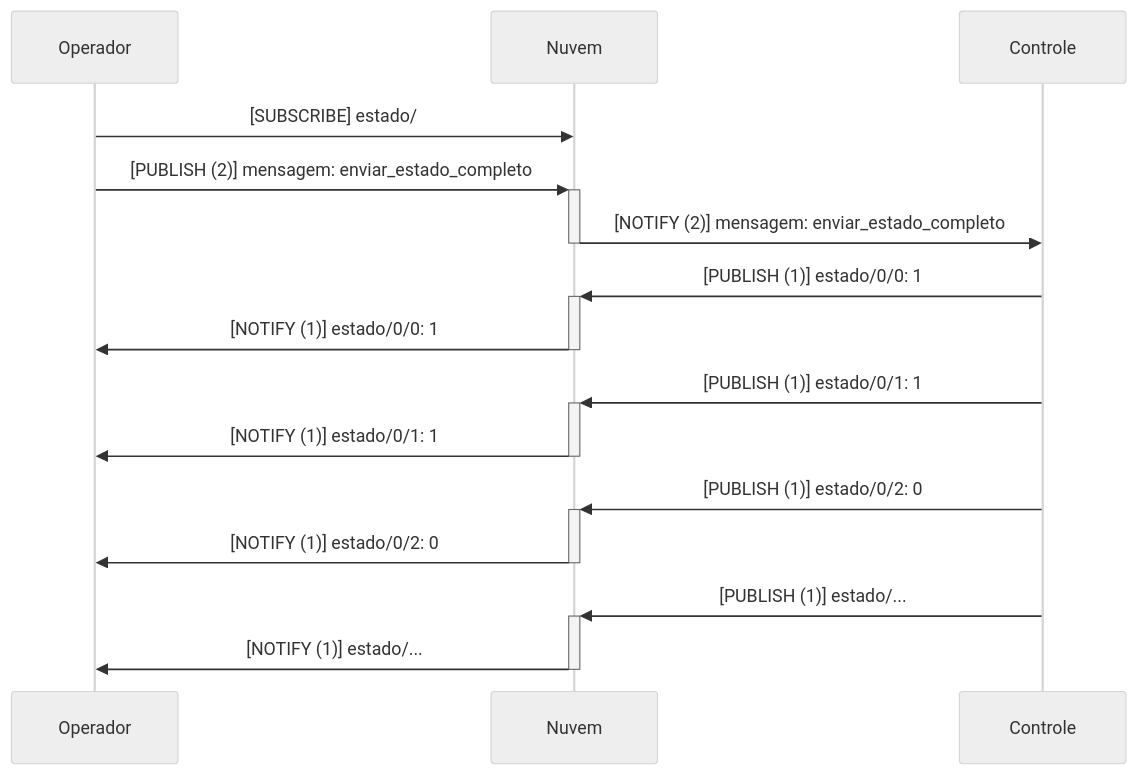
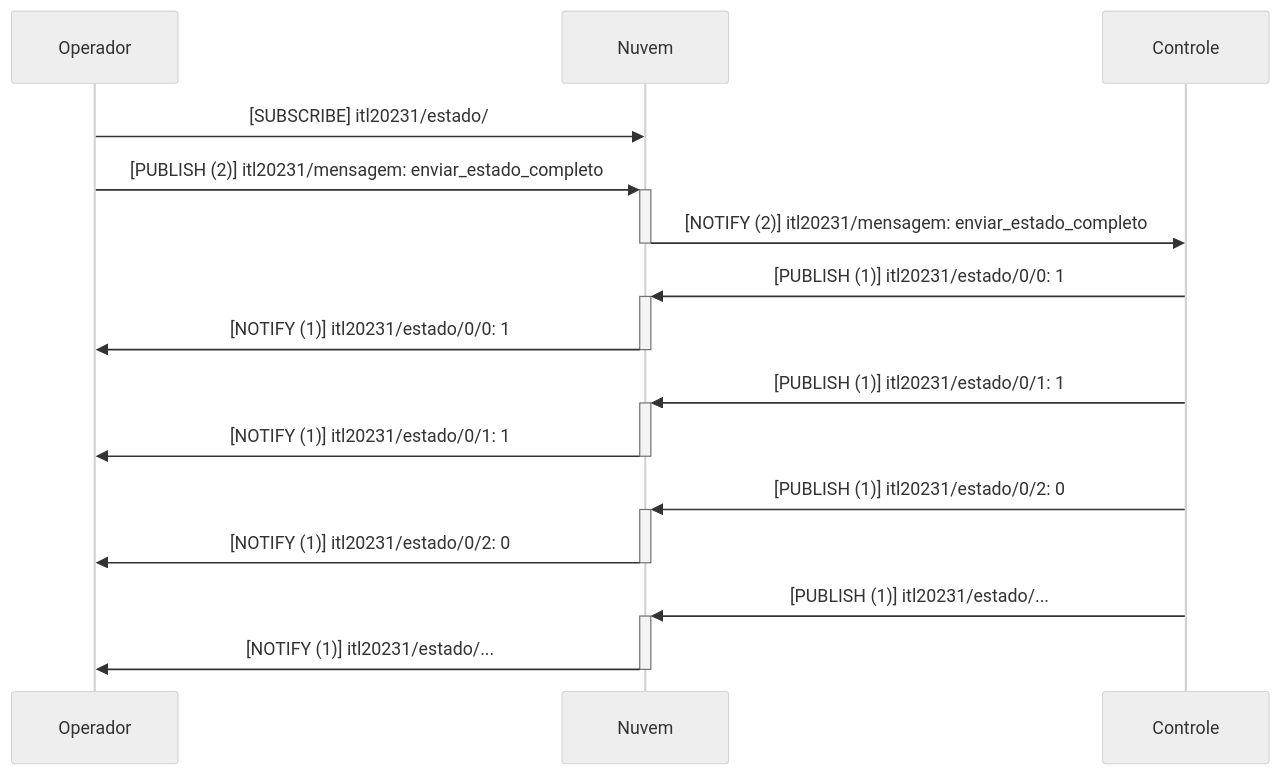
The third of 5 diagrams in projeto-da-disciplina.md (ederson-torresini/itl20231), drawn with Mermaid (neutral theme) before and after one commit. The commit also changed other lines of this file and 2 other files, not shown here.

Commit message:
Adicionar prefixo itl20231 aos tópicos MQTT

````diff
--- a/projeto-da-disciplina.md
+++ b/projeto-da-disciplina.md
@@ -73,14 +74,14 @@
 ```mermaid
 sequenceDiagram
-Operador ->> Nuvem: [SUBSCRIBE] estado/#
-Operador ->>+ Nuvem: [PUBLISH (2)] mensagem: enviar_estado_completo
-Nuvem ->>- Controle: [NOTIFY (2)] mensagem: enviar_estado_completo
-Controle ->>+ Nuvem: [PUBLISH (1)] estado/0/0: 1
-Nuvem ->>- Operador: [NOTIFY (1)] estado/0/0: 1
-Controle ->>+ Nuvem: [PUBLISH (1)] estado/0/1: 1
-Nuvem ->>- Operador: [NOTIFY (1)] estado/0/1: 1
-Controle ->>+ Nuvem: [PUBLISH (1)] estado/0/2: 0
-Nuvem ->>- Operador: [NOTIFY (1)] estado/0/2: 0
-Controle ->>+ Nuvem: [PUBLISH (1)] estado/...
-Nuvem ->>- Operador: [NOTIFY (1)] estado/...
+Operador ->> Nuvem: [SUBSCRIBE] itl20231/estado/#
+Operador ->>+ Nuvem: [PUBLISH (2)] itl20231/mensagem: enviar_estado_completo
+Nuvem ->>- Controle: [NOTIFY (2)] itl20231/mensagem: enviar_estado_completo
+Controle ->>+ Nuvem: [PUBLISH (1)] itl20231/estado/0/0: 1
+Nuvem ->>- Operador: [NOTIFY (1)] itl20231/estado/0/0: 1
+Controle ->>+ Nuvem: [PUBLISH (1)] itl20231/estado/0/1: 1
+Nuvem ->>- Operador: [NOTIFY (1)] itl20231/estado/0/1: 1
+Controle ->>+ Nuvem: [PUBLISH (1)] itl20231/estado/0/2: 0
+Nuvem ->>- Operador: [NOTIFY (1)] itl20231/estado/0/2: 0
+Controle ->>+ Nuvem: [PUBLISH (1)] itl20231/estado/...
+Nuvem ->>- Operador: [NOTIFY (1)] itl20231/estado/...
 ```
````
